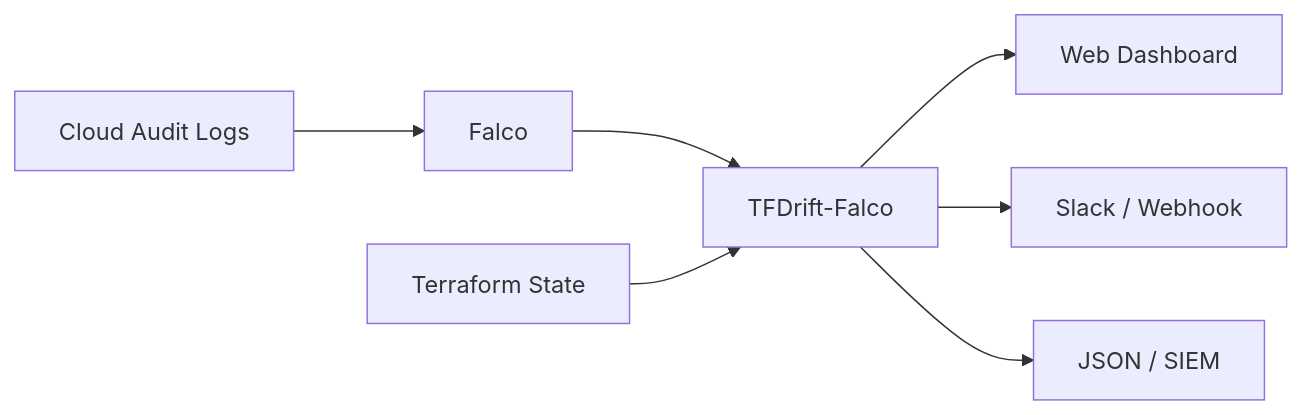
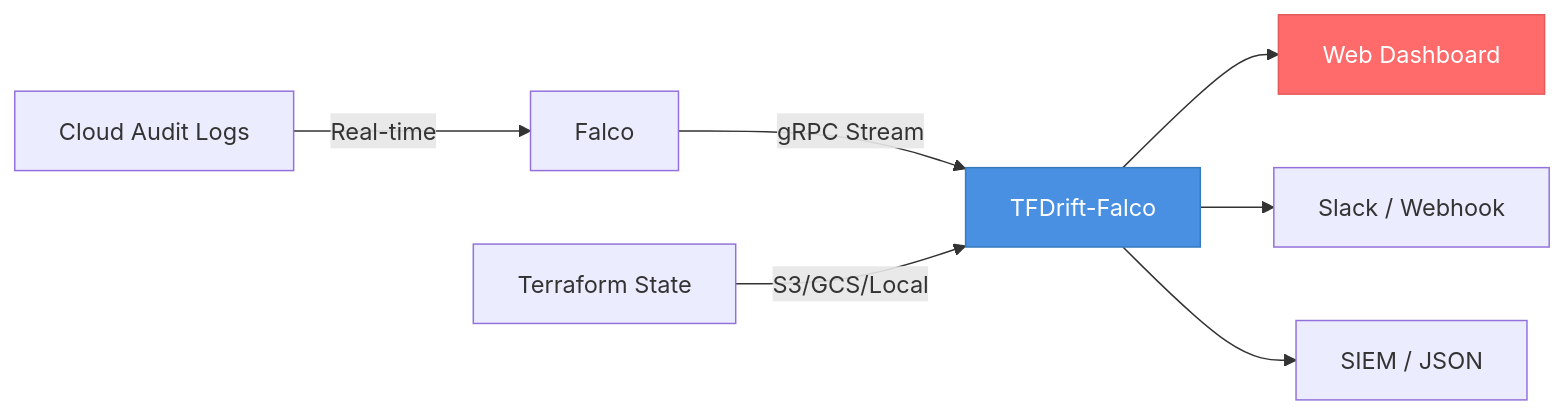
One commit to higakikeita/tfdrift-falco changed the diagram in README.md. Above: the diagram before and after it, drawn with Mermaid. The commit also changed other lines of this file and 3 other files, not shown here.

````diff
--- a/README.md
+++ b/README.md
@@ -74,9 +79,12 @@
 ```mermaid
 graph LR
-    A[Cloud Audit Logs] --> B[Falco]
-    B --> C[TFDrift-Falco]
-    D[Terraform State] --> C
+    A[Cloud Audit Logs] -->|Real-time| B[Falco]
+    B -->|gRPC Stream| C[TFDrift-Falco]
+    D[Terraform State] -->|S3/GCS/Local| C
     C --> E[Web Dashboard]
     C --> F[Slack / Webhook]
-    C --> G[JSON / SIEM]
+    C --> G[SIEM / JSON]
+
+    style C fill:#4A90E2,color:#fff,stroke:#357ABD
+    style E fill:#FF6B6B,color:#fff,stroke:#E55A5A
 ```
````
